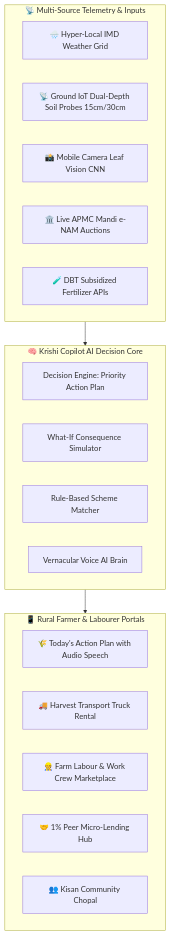
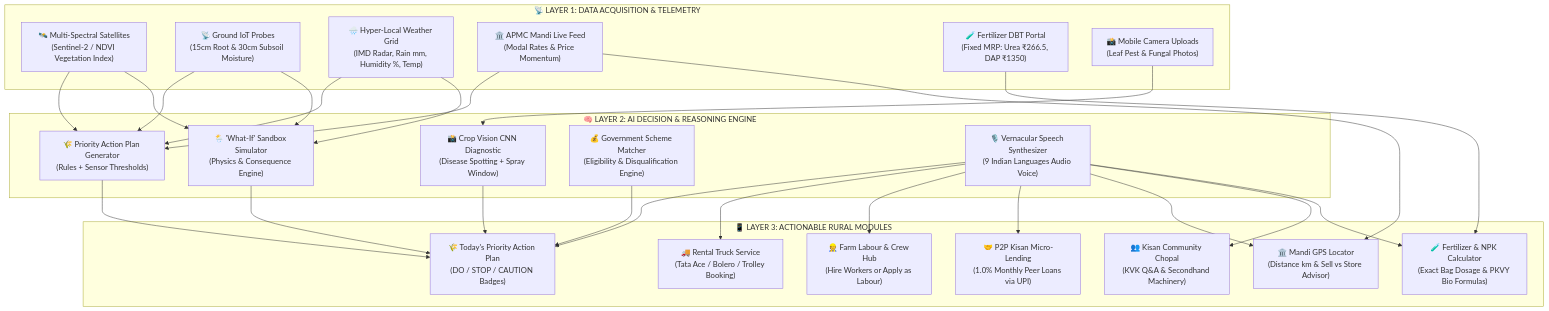
The first of 9 diagrams in README.md (lucyyy01/krishi), drawn with Mermaid before and after one commit. The commit also changed other lines of this file, not shown here.

Commit message:
docs: add 10 interactive Mermaid architecture and decision diagrams to README.md

````diff
--- a/README.md
+++ b/README.md
@@ -42,28 +42,39 @@
 ```mermaid
-flowchart TD
-    subgraph Data_Inputs [📡 Multi-Source Telemetry & Inputs]
-        A1[🌧️ Hyper-Local IMD Weather Grid]
-        A2[📡 Ground IoT Dual-Depth Soil Probes 15cm/30cm]
-        A3[📸 Mobile Camera Leaf Vision CNN]
-        A4[🏛️ Live APMC Mandi e-NAM Auctions]
-        A5[🧪 DBT Subsidized Fertilizer APIs]
+graph TB
+    subgraph SENSORS_INPUTS ["📡 LAYER 1: DATA ACQUISITION & TELEMETRY"]
+        A1["🛰️ Multi-Spectral Satellites<br/>(Sentinel-2 / NDVI Vegetation Index)"]
+        A2["📡 Ground IoT Probes<br/>(15cm Root & 30cm Subsoil Moisture)"]
+        A3["🌧️ Hyper-Local Weather Grid<br/>(IMD Radar, Rain mm, Humidity %, Temp)"]
+        A4["🏛️ APMC Mandi Live Feed<br/>(Modal Rates & Price Momentum)"]
+        A5["🧪 Fertilizer DBT Portal<br/>(Fixed MRP: Urea ₹266.5, DAP ₹1350)"]
+        A6["📸 Mobile Camera Uploads<br/>(Leaf Pest & Fungal Photos)"]
     end
 
-    subgraph AI_Engine [🧠 Krishi Copilot AI Decision Core]
-        B1[Decision Engine: Priority Action Plan]
-        B2[What-If Consequence Simulator]
-        B3[Rule-Based Scheme Matcher]
-        B4[Vernacular Voice AI Brain]
+    subgraph AI_BRAIN ["🧠 LAYER 2: AI DECISION & REASONING ENGINE"]
+        B1["🌾 Priority Action Plan Generator<br/>(Rules + Sensor Thresholds)"]
+        B2["🌦️ 'What-If' Sandbox Simulator<br/>(Physics & Consequence Engine)"]
+        B3["📸 Crop Vision CNN Diagnostic<br/>(Disease Spotting + Spray Window)"]
+        B4["💰 Government Scheme Matcher<br/>(Eligibility & Disqualification Engine)"]
+        B5["🎙️ Vernacular Speech Synthesizer<br/>(9 Indian Languages Audio Voice)"]
     end
 
-    subgraph User_Touchpoints [📱 Rural Farmer & Labourer Portals]
-        C1[🌾 Today's Action Plan with Audio Speech]
-        C2[🚚 Harvest Transport Truck Rental]
-        C3[👷 Farm Labour & Work Crew Marketplace]
-        C4[🤝 1% Peer Micro-Lending Hub]
-        C5[👥 Kisan Community Chopal]
+    subgraph ACTION_PORTALS ["📱 LAYER 3: ACTIONABLE RURAL MODULES"]
+        C1["🌾 Today's Priority Action Plan<br/>(DO / STOP / CAUTION Badges)"]
+        C2["🚚 Rental Truck Service<br/>(Tata Ace / Bolero / Trolley Booking)"]
+        C3["👷 Farm Labour & Crew Hub<br/>(Hire Workers or Apply as Labour)"]
+        C4["🤝 P2P Kisan Micro-Lending<br/>(1.0% Monthly Peer Loans via UPI)"]
+        C5["🏛️ Mandi GPS Locator<br/>(Distance km & Sell vs Store Advisor)"]
+        C6["👥 Kisan Community Chopal<br/>(KVK Q&A & Secondhand Machinery)"]
+        C7["🧪 Fertilizer & NPK Calculator<br/>(Exact Bag Dosage & PKVY Bio Formulas)"]
     end
 
-    Data_Inputs --> AI_Engine
-    AI_Engine --> User_Touchpoints
+    A1 & A2 & A3 --> B1 & B2
+    A6 --> B3
+    A4 --> B1 & C5
+    A5 --> C7
+    B1 --> C1
+    B2 --> C1
+    B3 --> C1
+    B4 --> C1
+    B5 --> C1 & C2 & C3 & C4 & C5 & C6 & C7
 ```
````
